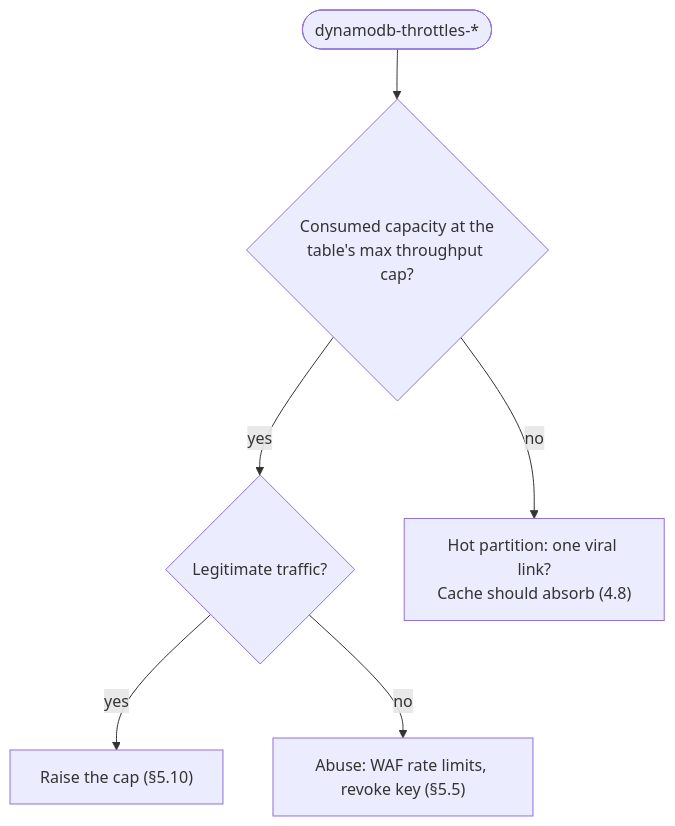
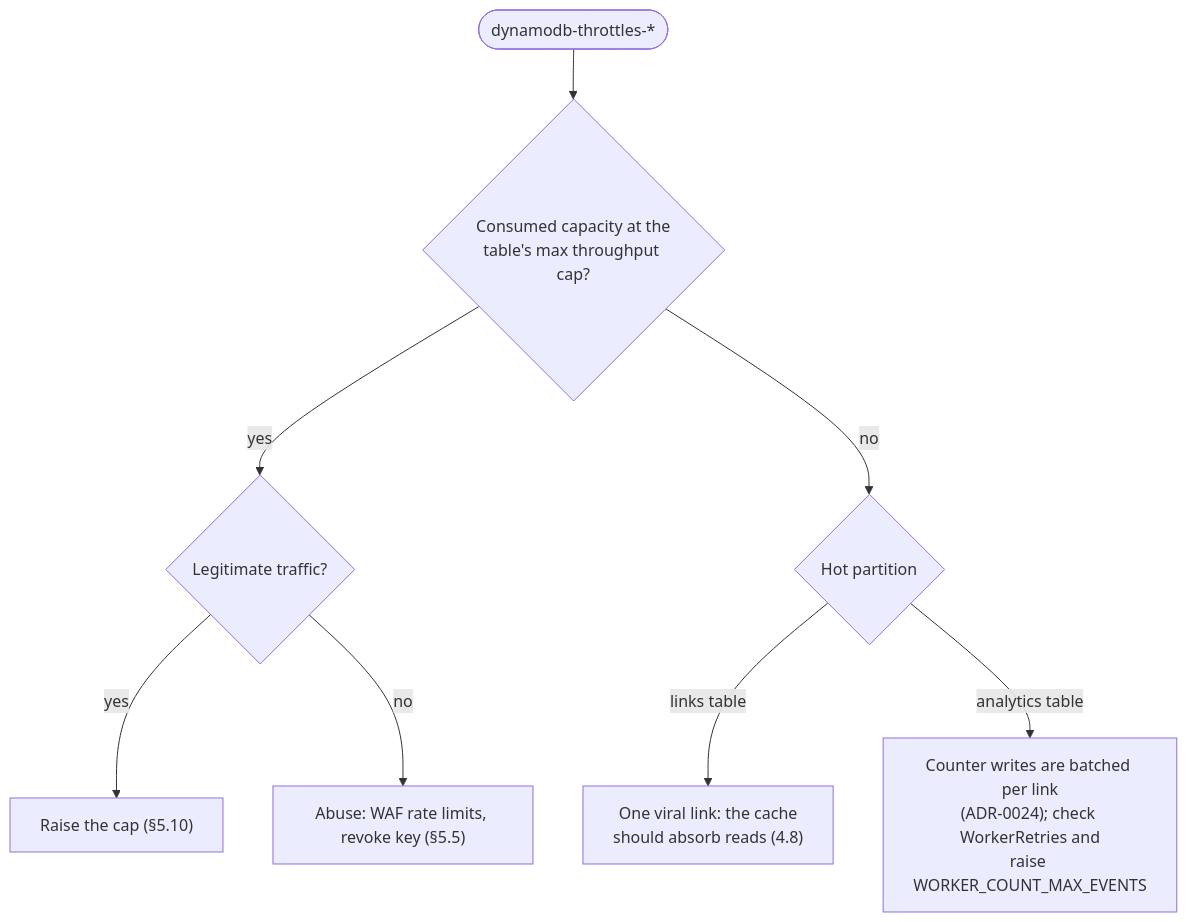
One commit to perspectivism/url-shortener-ecs-fargate changed the eighth of 15 diagrams in docs/runbook.md. Above: the diagram before and after it, drawn with Mermaid. The commit also changed other lines of this file and 17 other files, not shown here.

First line of the commit message:
feat(worker): batched exactly-once click counting (ADR-0024)

````diff
--- a/docs/runbook.md
+++ b/docs/runbook.md
@@ -253,8 +258,10 @@
 ```mermaid
 flowchart TD
     a(["dynamodb-throttles-*"]) --> c{"Consumed capacity at the<br/>table's max throughput cap?"}
     c -->|yes| leg{"Legitimate traffic?"}
     leg -->|yes| raise["Raise the cap (§5.10)"]
     leg -->|no| abuse["Abuse: WAF rate limits, revoke key (§5.5)"]
-    c -->|no| hot["Hot partition: one viral link?<br/>Cache should absorb (4.8)"]
+    c -->|no| hot{"Hot partition"}
+    hot -->|"links table"| viral["One viral link: the cache<br/>should absorb reads (4.8)"]
+    hot -->|"analytics table"| batch["Counter writes are batched per link<br/>(ADR-0024); check WorkerRetries and<br/>raise WORKER_COUNT_MAX_EVENTS"]
 ```
````
